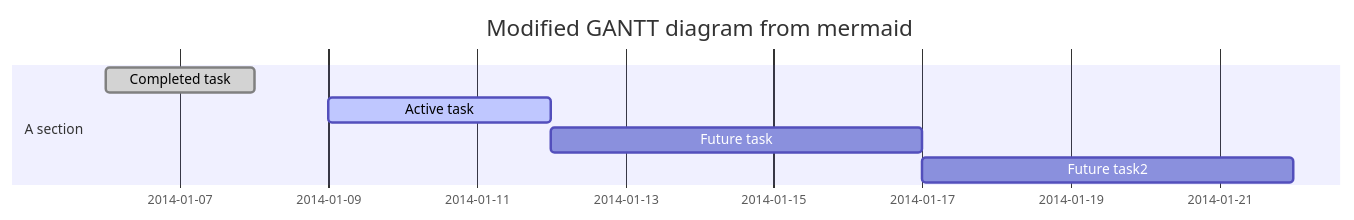
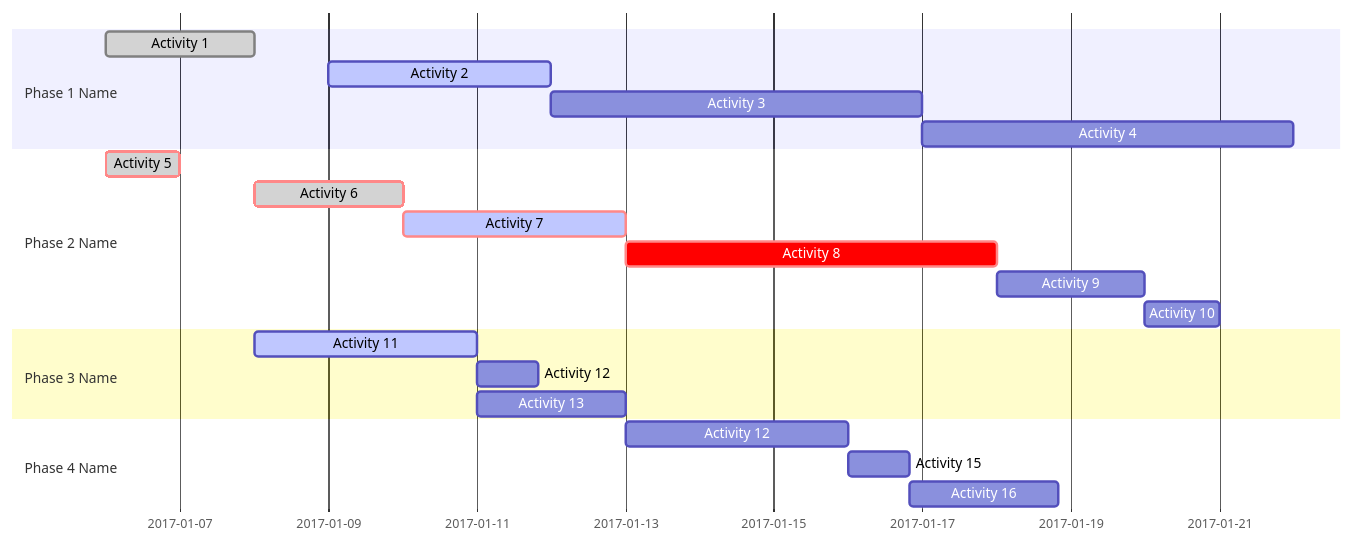
The second of 2 diagrams in _posts/2018-04-06-Practice-Post.md (WeeBeasties/WeeBeasties.github.io), drawn with Mermaid before and after one commit. The commit also changed 1 other file, not shown here.

Commit message:
complex gantt chart

```diff
--- a/_posts/2018-04-06-Practice-Post.md
+++ b/_posts/2018-04-06-Practice-Post.md
@@ -44,13 +44,32 @@
 <div class="mermaid">
 
-gantt
-dateFormat  YYYY-MM-DD
-title Modified GANTT diagram from mermaid
+gantt  
+        dateFormat  YYYY-MM-DD
+        title <Name of the project>
 
-section A section
-Completed task            :done,    des1, 2014-01-06,2014-01-08
-Active task               :active,  des2, 2014-01-09, 3d
-Future task               :         des3, after des2, 5d
-Future task2               :         des4, after des3, 5d
+%%	<Name of Activity>		: crit if critical else empty,done, active or empty, reference name or empty, Start Date or dependency, End Date or Duration
+        section Phase 1 Name
+        Activity 1			:	 done,    des1, 2017-01-06, 2017-01-08
+        Activity 2               	:	 active,  des2, 2017-01-09, 2017-01-12
+        Activity 3               	:        	  des3, 2017-01-12, 5d
+        Activity 4              	:         	  des4, after des3, 5d
+
+        section Phase 2 Name
+        Activity 5 			: crit, done,		2017-01-06, 24h
+        Activity 6		        : crit, done, 		after des1, 2d
+        Activity 7		        : crit, active, 		    3d
+        Activity 8			: crit,			 	    5d
+        Activity 9			:			 	    2d
+        Activity 10			: 			 	    1d
+
+        section Phase 3 Name
+        Activity 11			: 	active,   a1,	after des1, 3d
+        Activity 12			:			after a1  , 20h
+        Activity 13			:		 doc1, 	after a1  , 48h
+
+        section Phase 4 Name
+        Activity 12			:			after doc1, 3d
+        Activity 15			: 	  			    20h
+        Activity 16			: 			   	    48h
 
 </div>
```
